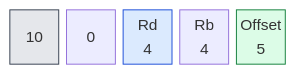
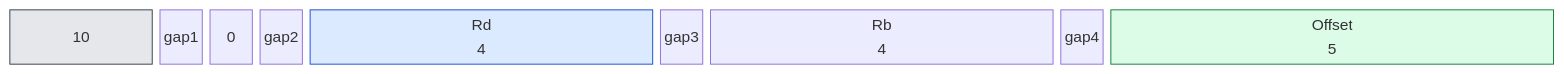
The first of 32 diagrams in book/kap03.md (olfp/Deep16), drawn with Mermaid before and after one commit. The commit also changed 1 other file, not shown here.

Commit message:
book(kap03): LD-Befehlsdiagramm auf 31-Spalten-Layout (Bitbreiten + Lücken) angeglichen

````diff
--- a/book/kap03.md
+++ b/book/kap03.md
@@ -38,18 +38,22 @@
 ```mermaid
 block-beta
-  columns 5
+  columns 31
   classDef op fill:#e5e7eb,stroke:#374151
   classDef reg fill:#dbeafe,stroke:#1d4ed8
   classDef imm fill:#fef3c7,stroke:#b45309
   classDef off fill:#dcfce7,stroke:#15803d
   classDef seg fill:#ede9fe,stroke:#6d28d9
   classDef all fill:#fee2e2,stroke:#b91c1c
-  b0["10"]:1
+  b0["10"]:3
+  gap1:1
   b1["0"]:1
-  b2["Rd<br/>4"]:1
-  b3["Rb<br/>4"]:1
-  b4["Offset<br/>5"]:1
+  gap2:1
+  b2["Rd<br/>4"]:7
+  gap3:1
+  b3["Rb<br/>4"]:7
+  gap4:1
+  b4["Offset<br/>5"]:9
   class b0 b1 op
   class b2 b3 reg
   class b4 off
 ```
````
